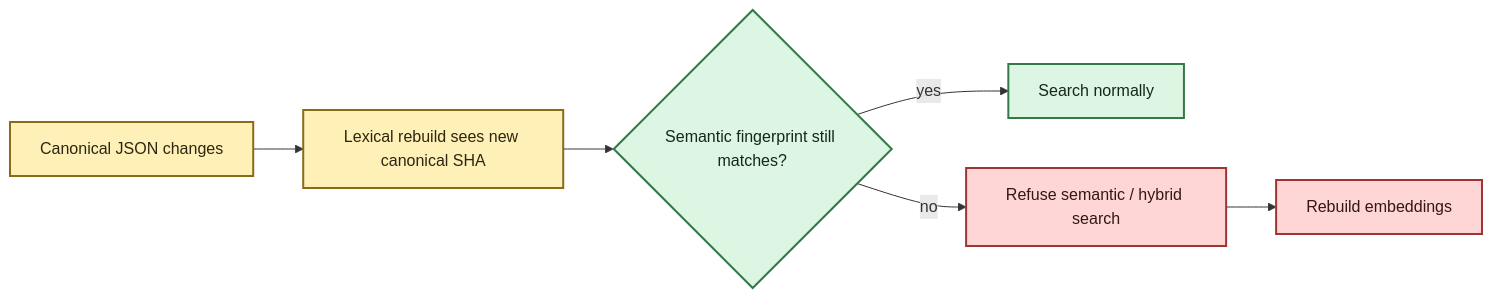
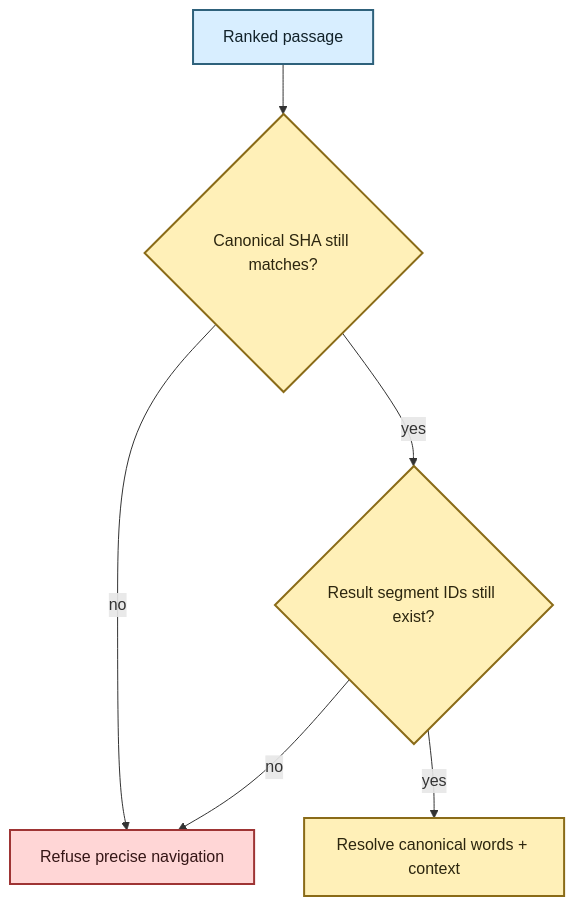
Before and after one commit to SSD1805/EchoFlow: the second of 3 diagrams in docs/architecture/corpus-search.md, drawn with Mermaid. The commit also changed other lines of this file, not shown here.

Commit message:
Document aligned evidence navigation architecture

````diff
--- a/docs/architecture/corpus-search.md
+++ b/docs/architecture/corpus-search.md
@@ -102,16 +108,16 @@
 ```mermaid
-flowchart LR
-    A[Canonical JSON changes] --> B[Lexical rebuild sees new canonical SHA]
-    B --> C{Semantic fingerprint still matches?}
-    C -->|yes| D[Search normally]
-    C -->|no| E[Refuse semantic / hybrid search]
-    E --> F[Rebuild embeddings]
+flowchart TD
+    A[Ranked passage] --> B{Canonical SHA still matches?}
+    B -->|no| X[Refuse precise navigation]
+    B -->|yes| C{Result segment IDs still exist?}
+    C -->|no| X
+    C -->|yes| D[Resolve canonical words + context]
 
-    classDef changed fill:#FFF0B8,stroke:#8A6B18,stroke-width:2px,color:#2C260F
-    classDef ok fill:#DDF5E3,stroke:#347A46,stroke-width:2px,color:#142719
+    classDef result fill:#D8EEFF,stroke:#2E617B,stroke-width:2px,color:#12222A
+    classDef evidence fill:#FFF0B8,stroke:#8A6B18,stroke-width:2px,color:#2C260F
     classDef stop fill:#FFD6D6,stroke:#9E3434,stroke-width:2px,color:#351616
 
-    class A,B changed
-    class C,D ok
-    class E,F stop
+    class A result
+    class B,C,D evidence
+    class X stop
 ```
````
